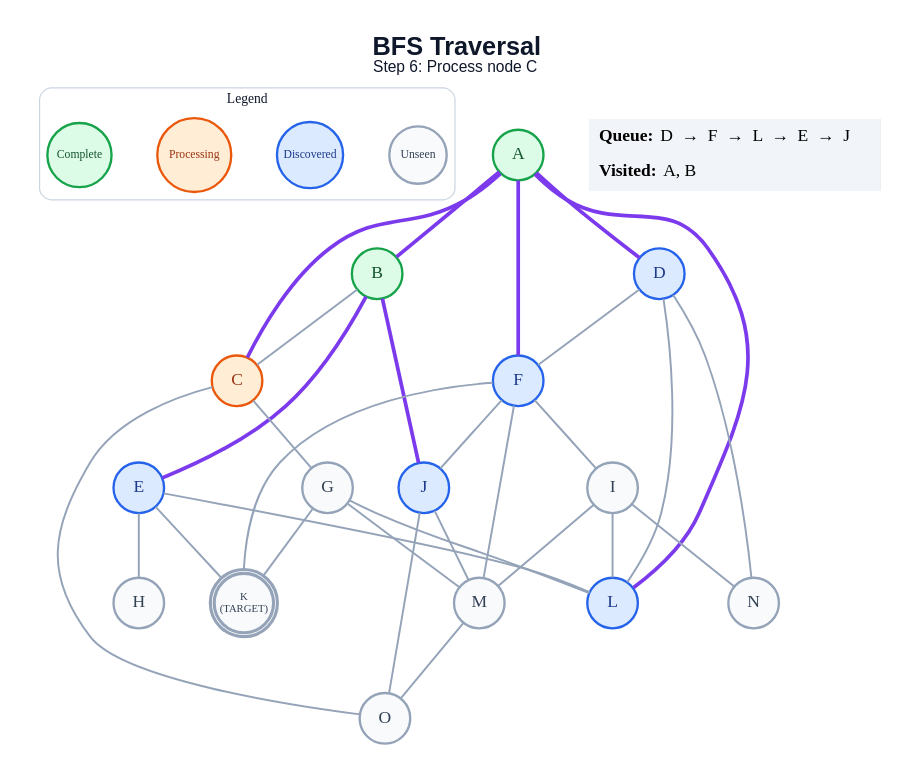
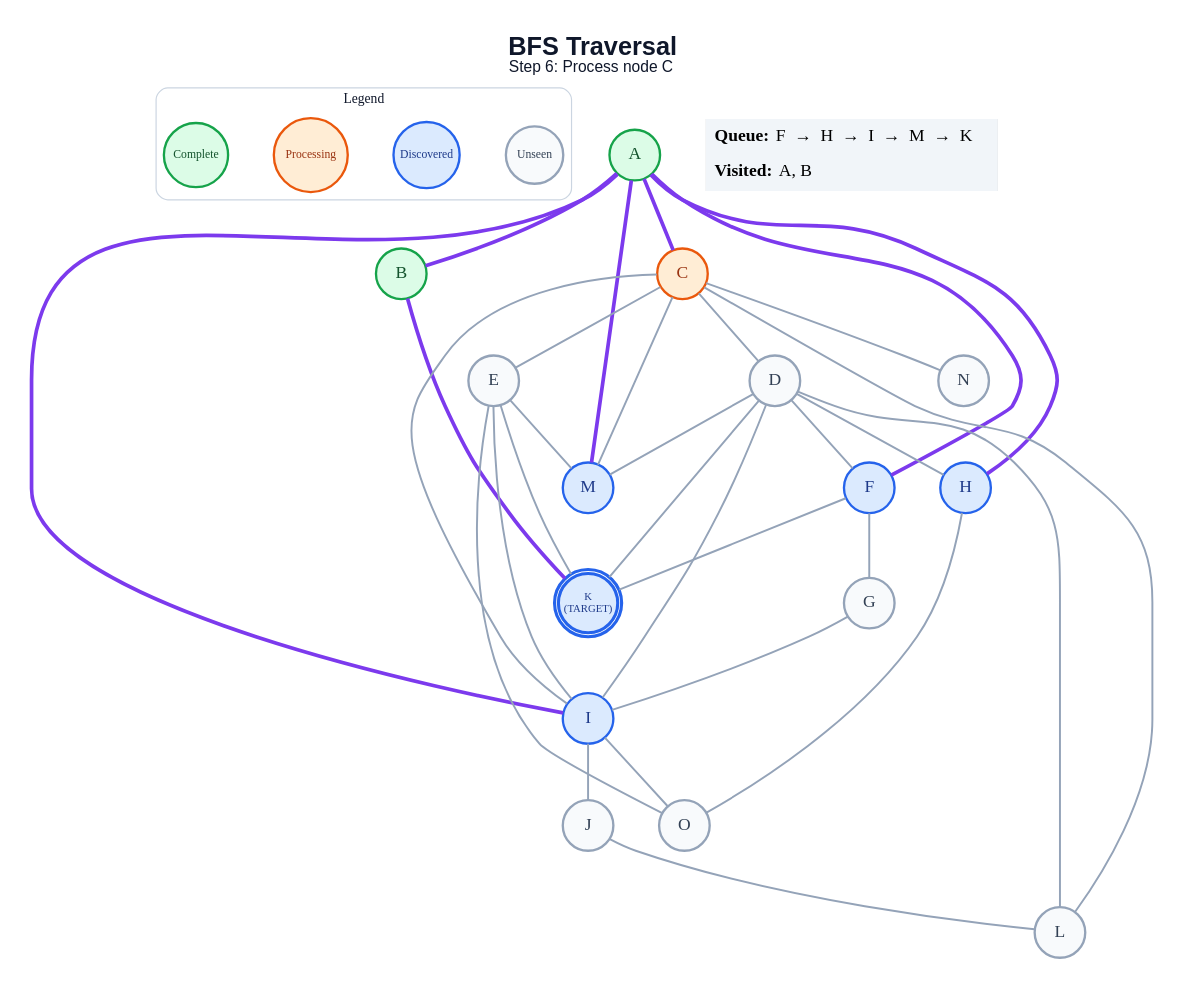
One commit to anon7238593-create/ai-slop changed the diagram in generated/specific-node/bfs/step_06.dot. Above: the diagram before and after it, drawn with Graphviz. The commit also changed 217 other files, not shown here.

```diff
--- a/generated/specific-node/bfs/step_06.dot
+++ b/generated/specific-node/bfs/step_06.dot
@@ -1,63 +1,64 @@
 graph traversal {
   graph [layout=dot, rankdir=TB, bgcolor="#FFFFFF", pad="0.35", nodesep="0.65", ranksep="0.8", fontname="Arial"];
   node [shape=circle, style="filled", fontname="Arial Bold", fontsize=18, width=0.72, fixedsize=true, penwidth=2.4];
   edge [color="#94A3B8", penwidth=2.0];
   label=<<B>BFS Traversal</B><BR/><FONT POINT-SIZE="16">Step 6: Process node C</FONT>>; labelloc="t"; fontsize=26; fontname="Arial"; fontcolor="#0F172A";
   subgraph cluster_legend { label="Legend"; color="#CBD5E1"; penwidth=1.2; style="rounded"; fontsize=14; fontname="Arial Bold";
     key_unseen [label="Unseen", fillcolor="#F8FAFC", color="#94A3B8", fontcolor="#334155", fontsize=12, width=0.82];
     key_frontier [label="Discovered", fillcolor="#DBEAFE", color="#2563EB", fontcolor="#1E3A8A", fontsize=12, width=0.95];
     key_current [label="Processing", fillcolor="#FFEDD5", color="#EA580C", fontcolor="#9A3412", fontsize=12, width=1.05];
     key_done [label="Complete", fillcolor="#DCFCE7", color="#16A34A", fontcolor="#14532D", fontsize=12, width=0.92];
     { rank=same; key_unseen; key_frontier; key_current; key_done; }
   }
   A [label="A", fillcolor="#DCFCE7", color="#16A34A", fontcolor="#14532D", peripheries=1, penwidth=2.4];
   B [label="B", fillcolor="#DCFCE7", color="#16A34A", fontcolor="#14532D", peripheries=1, penwidth=2.4];
   C [label="C", fillcolor="#FFEDD5", color="#EA580C", fontcolor="#9A3412", peripheries=1, penwidth=2.4];
-  D [label="D", fillcolor="#DBEAFE", color="#2563EB", fontcolor="#1E3A8A", peripheries=1, penwidth=2.4];
-  E [label="E", fillcolor="#DBEAFE", color="#2563EB", fontcolor="#1E3A8A", peripheries=1, penwidth=2.4];
+  D [label="D", fillcolor="#F8FAFC", color="#94A3B8", fontcolor="#334155", peripheries=1, penwidth=2.4];
+  E [label="E", fillcolor="#F8FAFC", color="#94A3B8", fontcolor="#334155", peripheries=1, penwidth=2.4];
   F [label="F", fillcolor="#DBEAFE", color="#2563EB", fontcolor="#1E3A8A", peripheries=1, penwidth=2.4];
   G [label="G", fillcolor="#F8FAFC", color="#94A3B8", fontcolor="#334155", peripheries=1, penwidth=2.4];
-  H [label="H", fillcolor="#F8FAFC", color="#94A3B8", fontcolor="#334155", peripheries=1, penwidth=2.4];
-  I [label="I", fillcolor="#F8FAFC", color="#94A3B8", fontcolor="#334155", peripheries=1, penwidth=2.4];
-  J [label="J", fillcolor="#DBEAFE", color="#2563EB", fontcolor="#1E3A8A", peripheries=1, penwidth=2.4];
-  K [label="K\n(TARGET)", fillcolor="#F8FAFC", color="#94A3B8", fontcolor="#334155", peripheries=2, penwidth=3.2, fontsize=11, width=0.85, height=0.85];
-  L [label="L", fillcolor="#DBEAFE", color="#2563EB", fontcolor="#1E3A8A", peripheries=1, penwidth=2.4];
-  M [label="M", fillcolor="#F8FAFC", color="#94A3B8", fontcolor="#334155", peripheries=1, penwidth=2.4];
+  H [label="H", fillcolor="#DBEAFE", color="#2563EB", fontcolor="#1E3A8A", peripheries=1, penwidth=2.4];
+  I [label="I", fillcolor="#DBEAFE", color="#2563EB", fontcolor="#1E3A8A", peripheries=1, penwidth=2.4];
+  J [label="J", fillcolor="#F8FAFC", color="#94A3B8", fontcolor="#334155", peripheries=1, penwidth=2.4];
+  K [label="K\n(TARGET)", fillcolor="#DBEAFE", color="#2563EB", fontcolor="#1E3A8A", peripheries=2, penwidth=3.2, fontsize=11, width=0.85, height=0.85];
+  L [label="L", fillcolor="#F8FAFC", color="#94A3B8", fontcolor="#334155", peripheries=1, penwidth=2.4];
+  M [label="M", fillcolor="#DBEAFE", color="#2563EB", fontcolor="#1E3A8A", peripheries=1, penwidth=2.4];
   N [label="N", fillcolor="#F8FAFC", color="#94A3B8", fontcolor="#334155", peripheries=1, penwidth=2.4];
   O [label="O", fillcolor="#F8FAFC", color="#94A3B8", fontcolor="#334155", peripheries=1, penwidth=2.4];
   A -- B [color="#7C3AED", penwidth=3.8];
   A -- C [color="#7C3AED", penwidth=3.8];
-  A -- D [color="#7C3AED", penwidth=3.8];
   A -- F [color="#7C3AED", penwidth=3.8];
-  A -- L [color="#7C3AED", penwidth=3.8];
-  B -- C;
-  B -- E [color="#7C3AED", penwidth=3.8];
-  B -- J [color="#7C3AED", penwidth=3.8];
-  C -- G;
-  C -- O;
+  A -- H [color="#7C3AED", penwidth=3.8];
+  A -- I [color="#7C3AED", penwidth=3.8];
+  A -- M [color="#7C3AED", penwidth=3.8];
+  B -- K [color="#7C3AED", penwidth=3.8];
+  C -- D;
+  C -- E;
+  C -- I;
+  C -- L;
+  C -- M;
+  C -- N;
   D -- F;
+  D -- H;
+  D -- I;
+  D -- K;
   D -- L;
-  D -- N;
-  E -- H;
+  D -- M;
+  E -- I;
   E -- K;
-  E -- L;
-  F -- I;
-  F -- J;
+  E -- M;
+  E -- O;
+  F -- G;
   F -- K;
-  F -- M;
-  G -- K;
-  G -- L;
-  G -- M;
-  I -- L;
-  I -- M;
-  I -- N;
-  J -- M;
-  J -- O;
-  M -- O;
+  G -- I;
+  H -- O;
+  I -- J;
+  I -- O;
+  J -- L;
   status [shape=plain, fixedsize=false, width=0, height=0, margin=0, label=<
     <TABLE BORDER="0" CELLBORDER="0" CELLPADDING="7" BGCOLOR="#F1F5F9">
-      <TR><TD ALIGN="LEFT"><B>Queue:</B> D  →  F  →  L  →  E  →  J</TD></TR>
+      <TR><TD ALIGN="LEFT"><B>Queue:</B> F  →  H  →  I  →  M  →  K</TD></TR>
       <TR><TD ALIGN="LEFT"><B>Visited:</B> A, B</TD></TR>
     </TABLE>
   >];
 }
```
